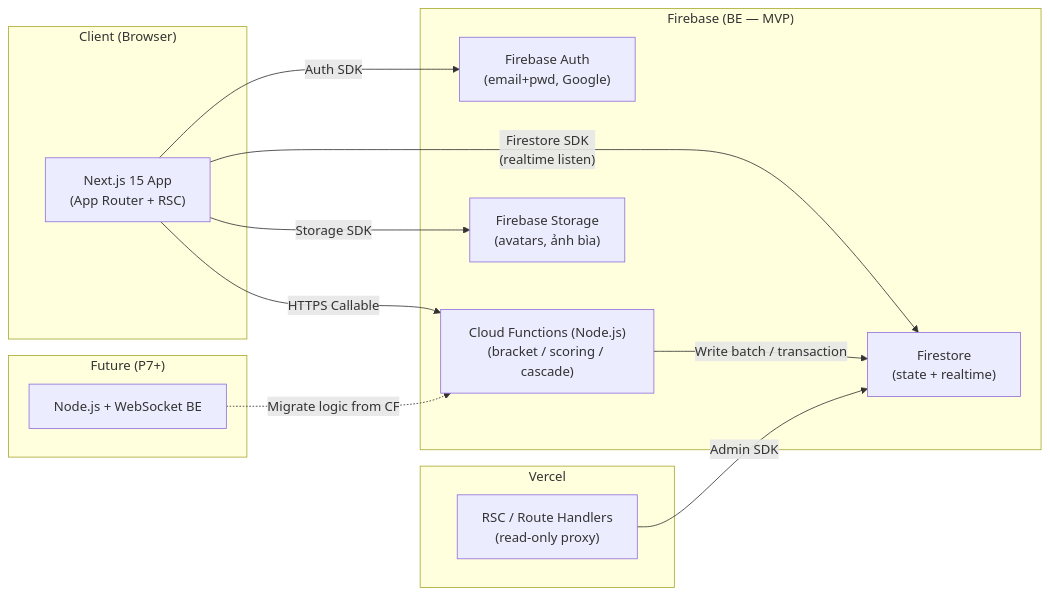
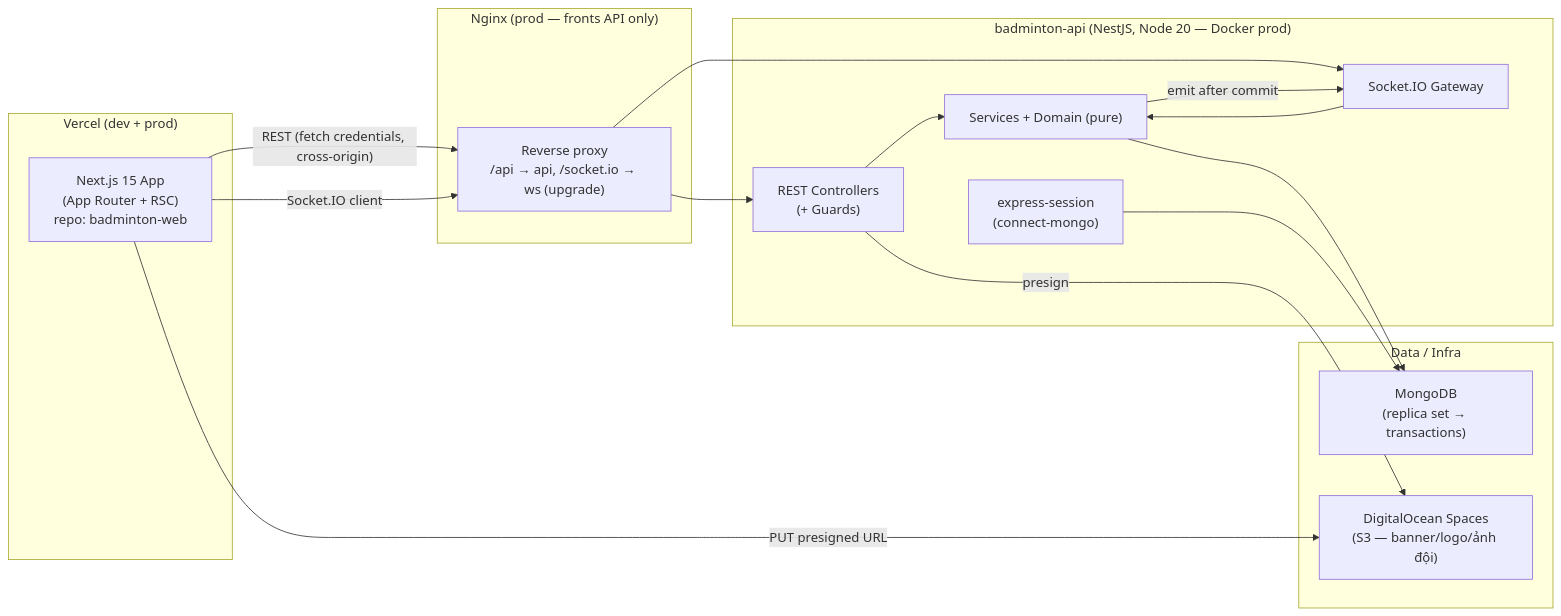
The first of 2 diagrams in docs/system-architecture.md (nguyentrantrunglam/fb-tournament-fe), drawn with Mermaid before and after one commit. The commit also changed other lines of this file and 13 other files, not shown here.

First line of the commit message:
docs: pivot architecture from Firebase to NestJS + MongoDB + Socket.IO

````diff
--- a/docs/system-architecture.md
+++ b/docs/system-architecture.md
@@ -11,30 +12,31 @@
 ```mermaid
 flowchart LR
-    subgraph Client["Client (Browser)"]
-        Web["Next.js 15 App<br/>(App Router + RSC)"]
+    subgraph Vercel["Vercel (dev + prod)"]
+        Web["Next.js 15 App<br/>(App Router + RSC)<br/>repo: badminton-web"]
     end
 
-    subgraph Vercel["Vercel"]
-        SSR["RSC / Route Handlers<br/>(read-only proxy)"]
+    subgraph Edge["Nginx (prod — fronts API only)"]
+        RP["Reverse proxy<br/>/api → api, /socket.io → ws (upgrade)"]
     end
 
-    subgraph Firebase["Firebase (BE — MVP)"]
-        Auth["Firebase Auth<br/>(email+pwd, Google)"]
-        FS["Firestore<br/>(state + realtime)"]
-        Storage["Firebase Storage<br/>(avatars, ảnh bìa)"]
-        CF["Cloud Functions (Node.js)<br/>(bracket / scoring / cascade)"]
+    subgraph API["badminton-api (NestJS, Node 20 — Docker prod)"]
+        Ctrl["REST Controllers<br/>(+ Guards)"]
+        WS["Socket.IO Gateway"]
+        Svc["Services + Domain (pure)"]
+        Sess["express-session<br/>(connect-mongo)"]
     end
 
-    subgraph Future["Future (P7+)"]
-        NodeBE["Node.js + WebSocket BE"]
+    subgraph Data["Data / Infra"]
+        Mongo["MongoDB<br/>(replica set → transactions)"]
+        Spaces["DigitalOcean Spaces<br/>(S3 — banner/logo/ảnh đội)"]
     end
 
-    Web -- "Auth SDK" --> Auth
-    Web -- "Firestore SDK<br/>(realtime listen)" --> FS
-    Web -- "Storage SDK" --> Storage
-    Web -- "HTTPS Callable" --> CF
-    SSR -- "Admin SDK" --> FS
-    CF -- "Write batch / transaction" --> FS
-
-    NodeBE -. "Migrate logic from CF" .-> CF
+    Web -- "REST (fetch credentials, cross-origin)" --> RP --> Ctrl
+    Web -- "Socket.IO client" --> RP --> WS
+    Web -- "PUT presigned URL" --> Spaces
+    Ctrl --> Svc --> Mongo
+    WS --> Svc
+    Ctrl -- "presign" --> Spaces
+    Sess --> Mongo
+    Svc -- "emit after commit" --> WS
 ```
````
